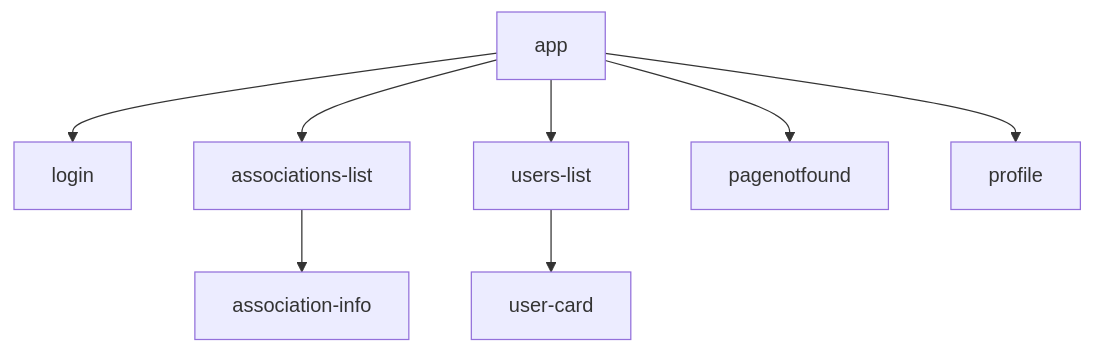
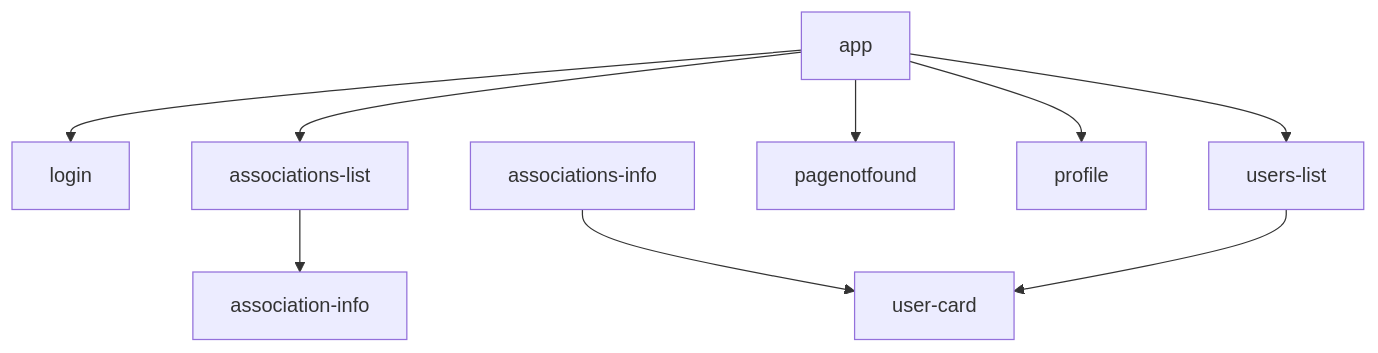
Before and after one commit to CodyAdam/my-admin-panel: the diagram in doc/front-end.md, drawn with Mermaid.

````diff
--- a/doc/front-end.md
+++ b/doc/front-end.md
@@ -2,11 +2,12 @@
 ```mermaid
 flowchart TD
     app --> login
     app --> associations-list
     app --> users-list
     app --> pagenotfound
     app --> profile
     
+    associations-info --> user-card
     associations-list --> association-info
     users-list --> user-card
 ```
````
